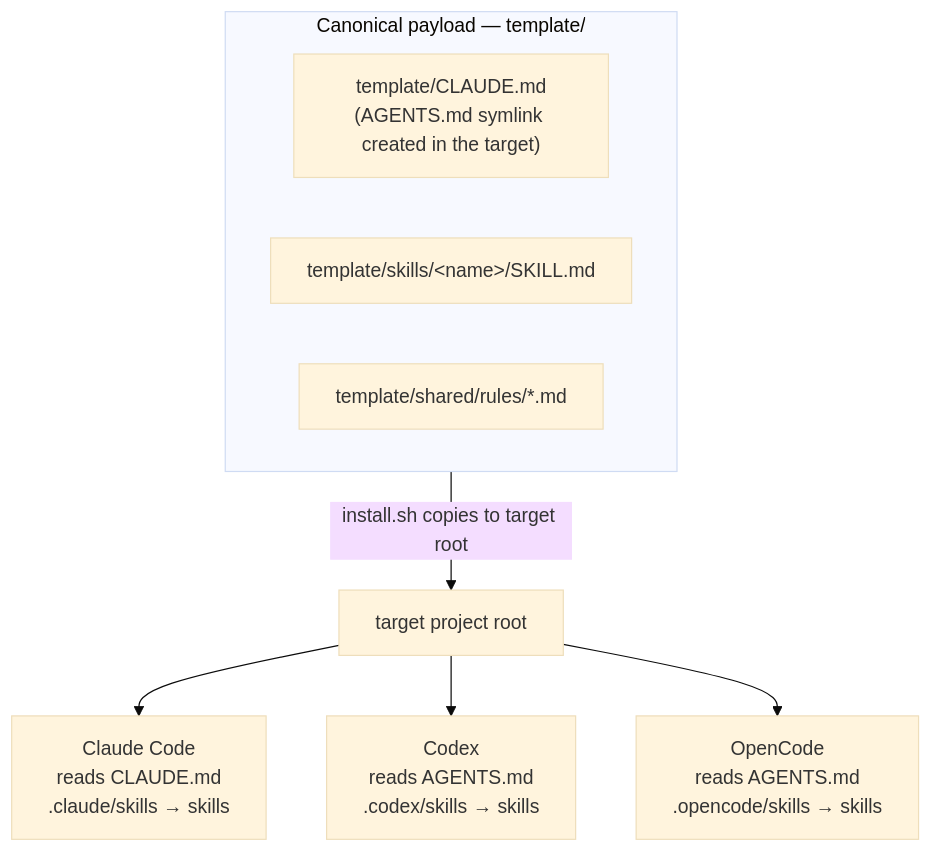
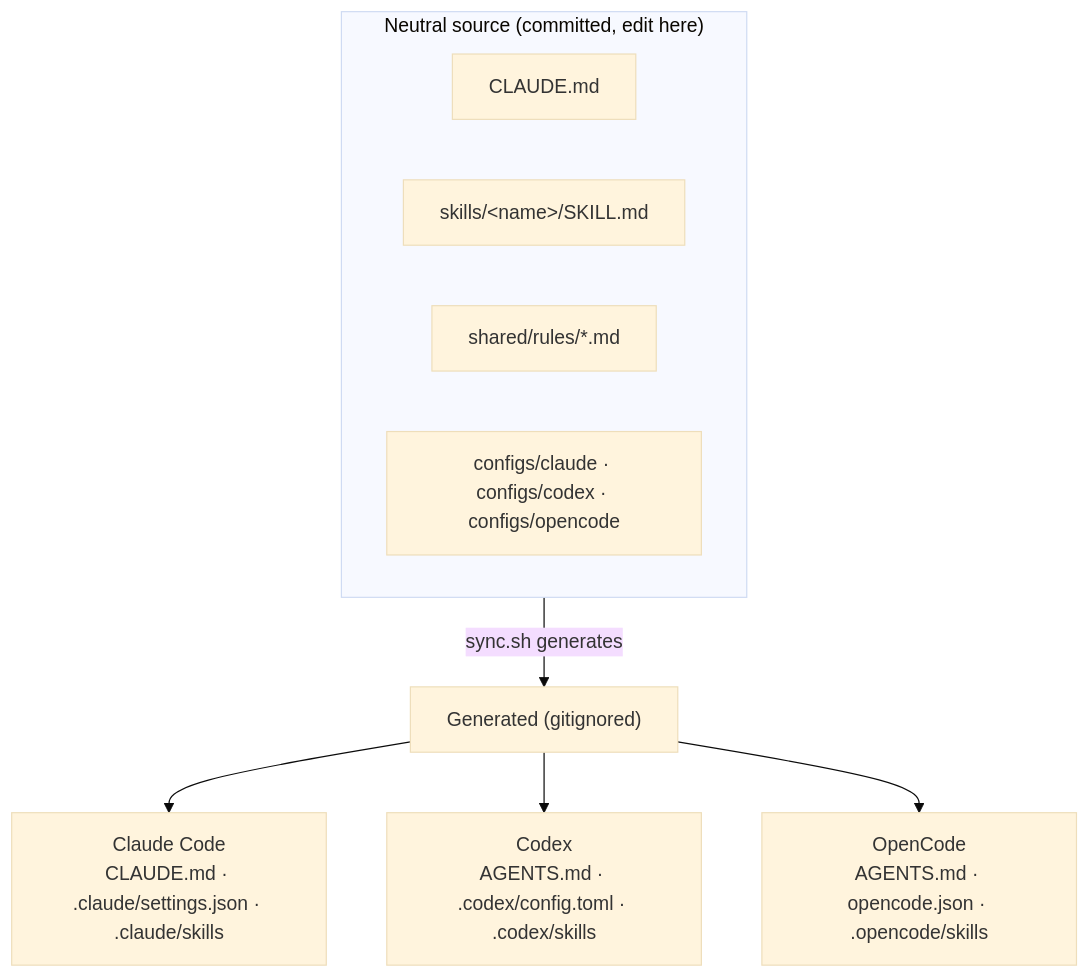
The first of 2 diagrams in README.md (Juan-Motta/forge-ai), drawn with Mermaid (base theme) before and after one commit. The commit also changed other lines of this file and 10 other files, not shown here.

First line of the commit message:
refactor: neutral-source + generator model (no symlinks) + Windows installer

````diff
--- a/README.md
+++ b/README.md
@@ -39,12 +40,13 @@
 ```mermaid
 flowchart TD
-    subgraph SRC["Canonical payload — template/"]
-        INS["template/CLAUDE.md<br/>(AGENTS.md symlink created in the target)"]
-        SK["template/skills/&lt;name&gt;/SKILL.md"]
-        RU["template/shared/rules/*.md"]
+    subgraph SRC["Neutral source (committed, edit here)"]
+        INS["CLAUDE.md"]
+        SK["skills/&lt;name&gt;/SKILL.md"]
+        RU["shared/rules/*.md"]
+        CF["configs/claude · configs/codex · configs/opencode"]
     end
-    SRC -->|install.sh copies to target root| T["target project root"]
-    T --> CLAUDE["Claude Code<br/>reads CLAUDE.md<br/>.claude/skills → skills"]
-    T --> CODEX["Codex<br/>reads AGENTS.md<br/>.codex/skills → skills"]
-    T --> OPEN["OpenCode<br/>reads AGENTS.md<br/>.opencode/skills → skills"]
+    SRC -->|sync.sh generates| GEN["Generated (gitignored)"]
+    GEN --> CLAUDE["Claude Code<br/>CLAUDE.md · .claude/settings.json · .claude/skills"]
+    GEN --> CODEX["Codex<br/>AGENTS.md · .codex/config.toml · .codex/skills"]
+    GEN --> OPEN["OpenCode<br/>AGENTS.md · opencode.json · .opencode/skills"]
 ```
````
